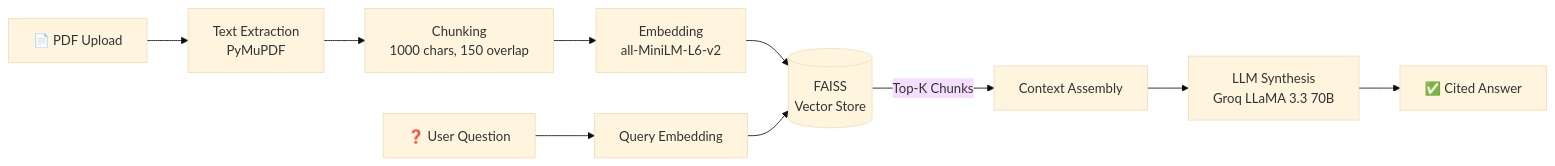
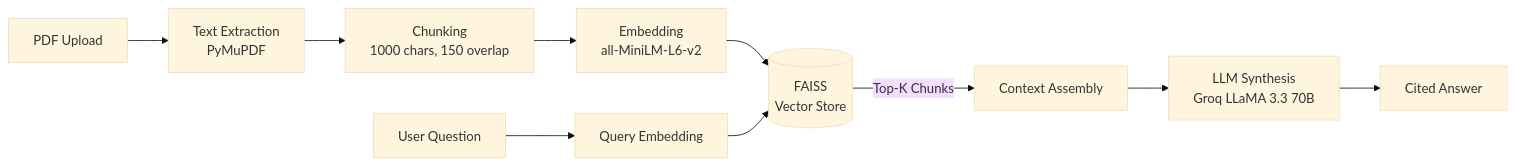
The diagram in README.md (Surya270106/RAG-based-personal-knowledge-assistant), drawn with Mermaid (base theme) before and after one commit. The commit also changed other lines of this file, not shown here.

````diff
--- a/README.md
+++ b/README.md
@@ -33,13 +33,13 @@
 ```mermaid
 flowchart LR
-    A[📄 PDF Upload] --> B[Text Extraction<br/>PyMuPDF]
+    A[PDF Upload] --> B[Text Extraction<br/>PyMuPDF]
     B --> C[Chunking<br/>1000 chars, 150 overlap]
     C --> D[Embedding<br/>all-MiniLM-L6-v2]
     D --> E[(FAISS<br/>Vector Store)]
 
-    F[❓ User Question] --> G[Query Embedding]
+    F[User Question] --> G[Query Embedding]
     G --> E
     E -->|Top-K Chunks| H[Context Assembly]
     H --> I[LLM Synthesis<br/>Groq LLaMA 3.3 70B]
-    I --> J[✅ Cited Answer]
+    I --> J[Cited Answer]
 ```
````
